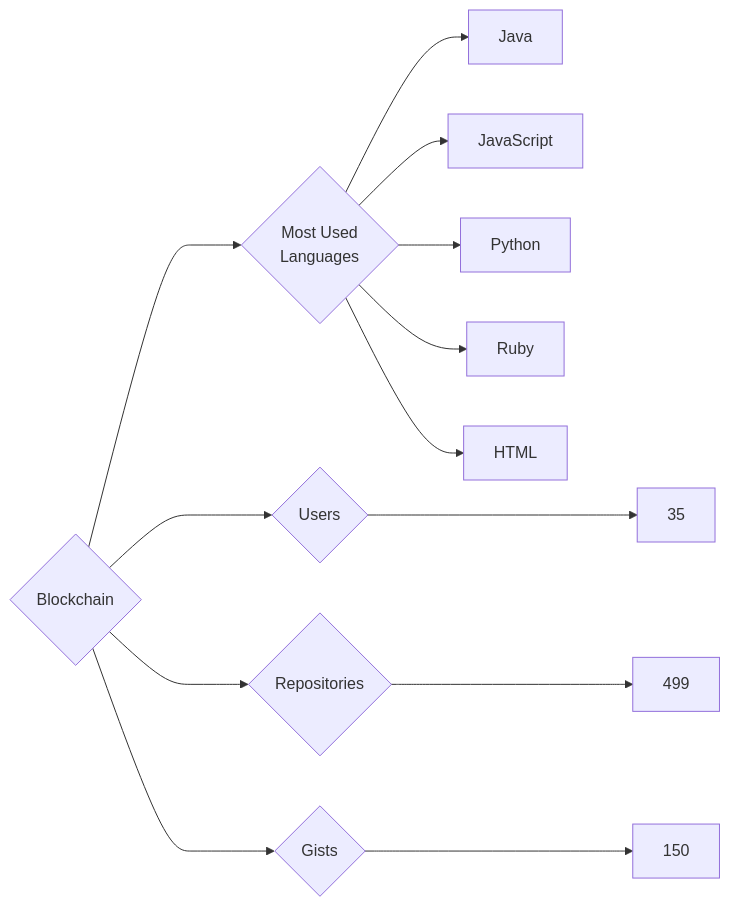
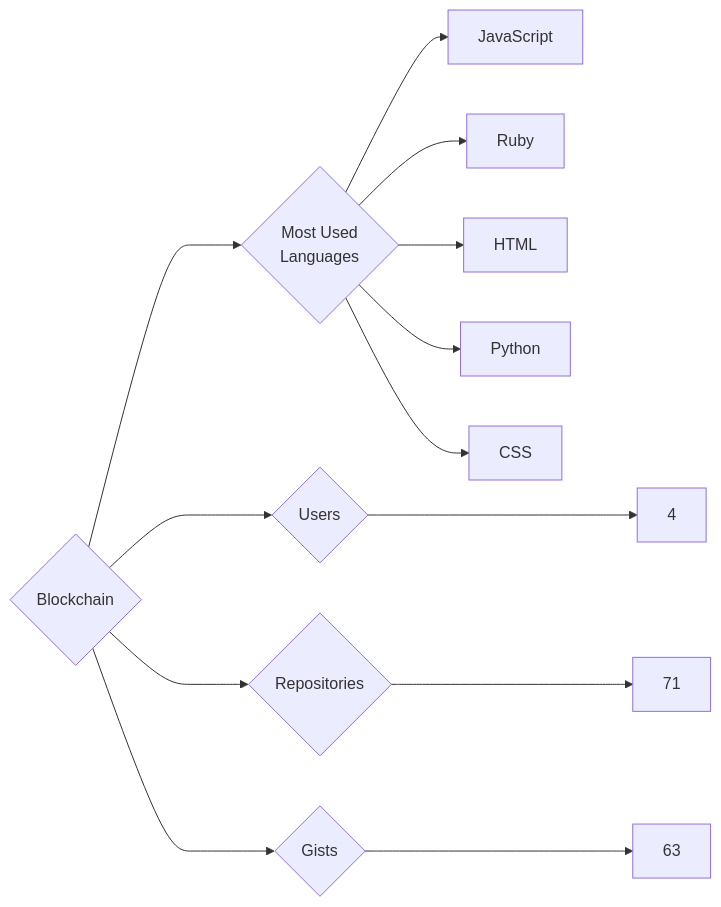
Before and after one commit to trickest/insiders: the diagram in targets/Blockchain/README.md, drawn with Mermaid. The commit also changed 838 other files, not shown here.

````diff
--- a/targets/Blockchain/README.md
+++ b/targets/Blockchain/README.md
@@ -3,13 +3,13 @@
 ```mermaid
 graph LR
 COMPANY_NAME{Blockchain}
-COMPANY_NAME ---> U{Users} ---> UN[35]
-COMPANY_NAME ---> R{Repositories} ---> RN[499]
-COMPANY_NAME ---> G{Gists} ---> GN[150]
+COMPANY_NAME ---> U{Users} ---> UN[4]
+COMPANY_NAME ---> R{Repositories} ---> RN[71]
+COMPANY_NAME ---> G{Gists} ---> GN[63]
 COMPANY_NAME ---> ML{Most Used<br>Languages}
-ML --> Java[Java]
 ML --> JavaScript[JavaScript]
-ML --> Python[Python]
 ML --> Ruby[Ruby]
 ML --> HTML[HTML]
+ML --> Python[Python]
+ML --> CSS[CSS]
 ```
````
